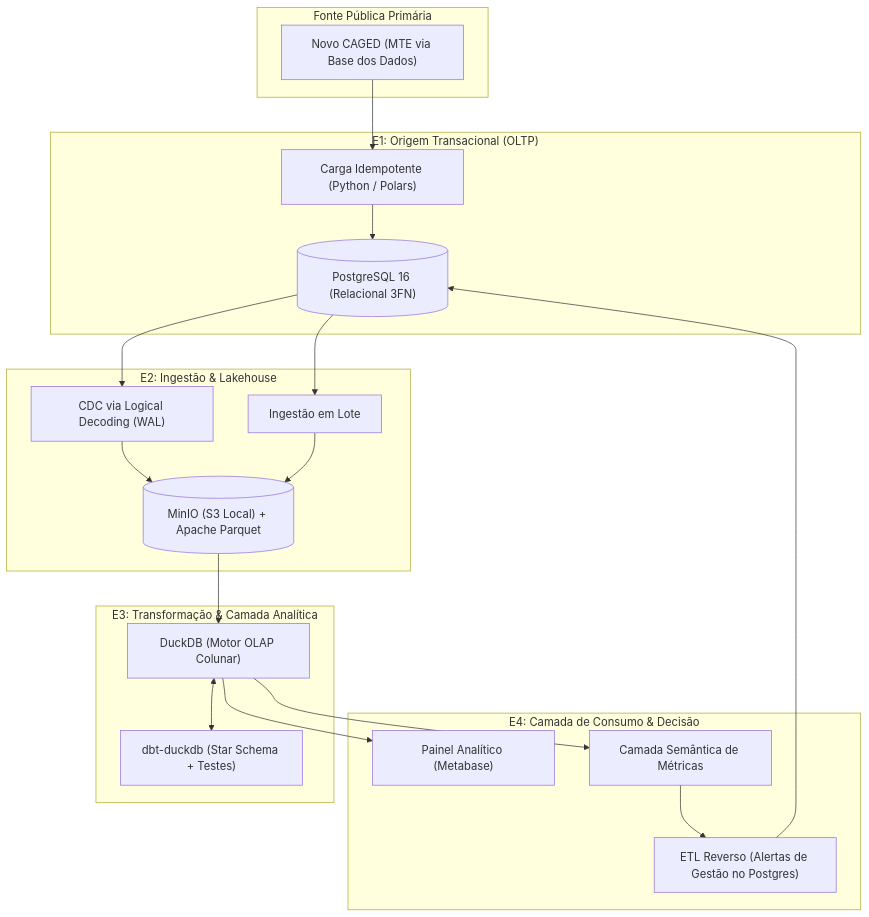
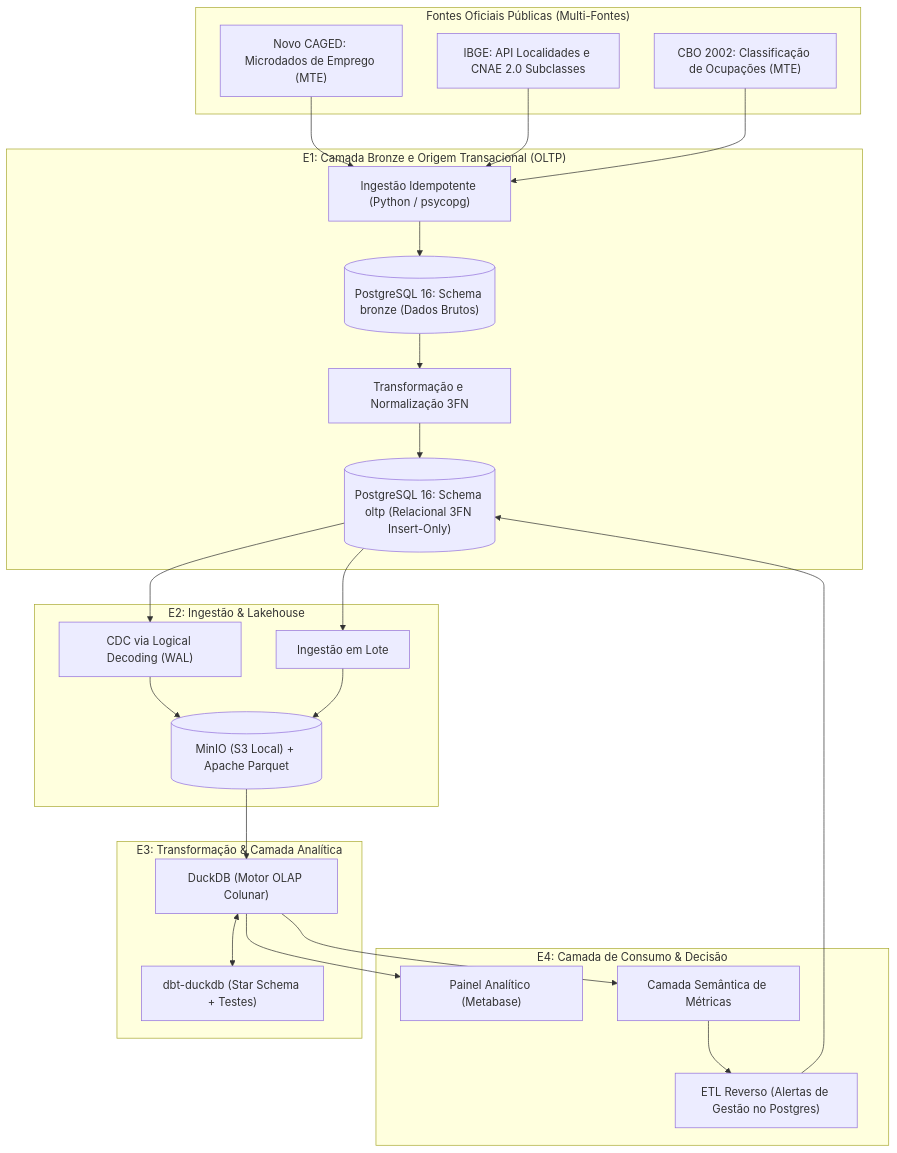
Before and after one commit to unb-bd2-2026-2-grupo-4/ProjetoIntegrado: the diagram in docs/arquitetura.md, drawn with Mermaid. The commit also changed other lines of this file and 6 other files, not shown here.

First line of the commit message:
docs(e1): atualiza ADR 001, arquitetura multi-fontes e requisitos de aceite da E1

````diff
--- a/docs/arquitetura.md
+++ b/docs/arquitetura.md
@@ -9,34 +9,38 @@
 ```mermaid
 flowchart TD
-    subgraph S0["Fonte Pública Primária"]
-        A1["Novo CAGED (MTE via Base dos Dados)"]
+    subgraph S0["Fontes Oficiais Públicas (Multi-Fontes)"]
+        A1["Novo CAGED: Microdados de Emprego (MTE)"]
+        A2["IBGE: API Localidades e CNAE 2.0 Subclasses"]
+        A3["CBO 2002: Classificação de Ocupações (MTE)"]
     end
 
-    subgraph S1["E1: Origem Transacional (OLTP)"]
-        B1["Carga Idempotente (Python / Polars)"]
-        B2[("PostgreSQL 16 (Relacional 3FN)")]
+    subgraph S1["E1: Camada Bronze e Origem Transacional (OLTP)"]
+        B1["Ingestão Idempotente (Python / psycopg)"]
+        B2[("PostgreSQL 16: Schema bronze (Dados Brutos)")]
+        B3["Transformação e Normalização 3FN"]
+        B4[("PostgreSQL 16: Schema oltp (Relacional 3FN Insert-Only)")]
     end
 
     subgraph S2["E2: Ingestão & Lakehouse"]
         C1["CDC via Logical Decoding (WAL)"]
         C2["Ingestão em Lote"]
         C3[("MinIO (S3 Local) + Apache Parquet")]
     end
 
     subgraph S3["E3: Transformação & Camada Analítica"]
         D1["DuckDB (Motor OLAP Colunar)"]
         D2["dbt-duckdb (Star Schema + Testes)"]
     end
 
     subgraph S4["E4: Camada de Consumo & Decisão"]
         E1["Painel Analítico (Metabase)"]
         E2["Camada Semântica de Métricas"]
         E3["ETL Reverso (Alertas de Gestão no Postgres)"]
     end
 
-    A1 --> B1 --> B2
-    B2 --> C1 & C2 --> C3
+    A1 & A2 & A3 --> B1 --> B2 --> B3 --> B4
+    B4 --> C1 & C2 --> C3
     C3 --> D1 <--> D2
     D1 --> E1 & E2
-    E2 --> E3 --> B2
+    E2 --> E3 --> B4
 ```
````
